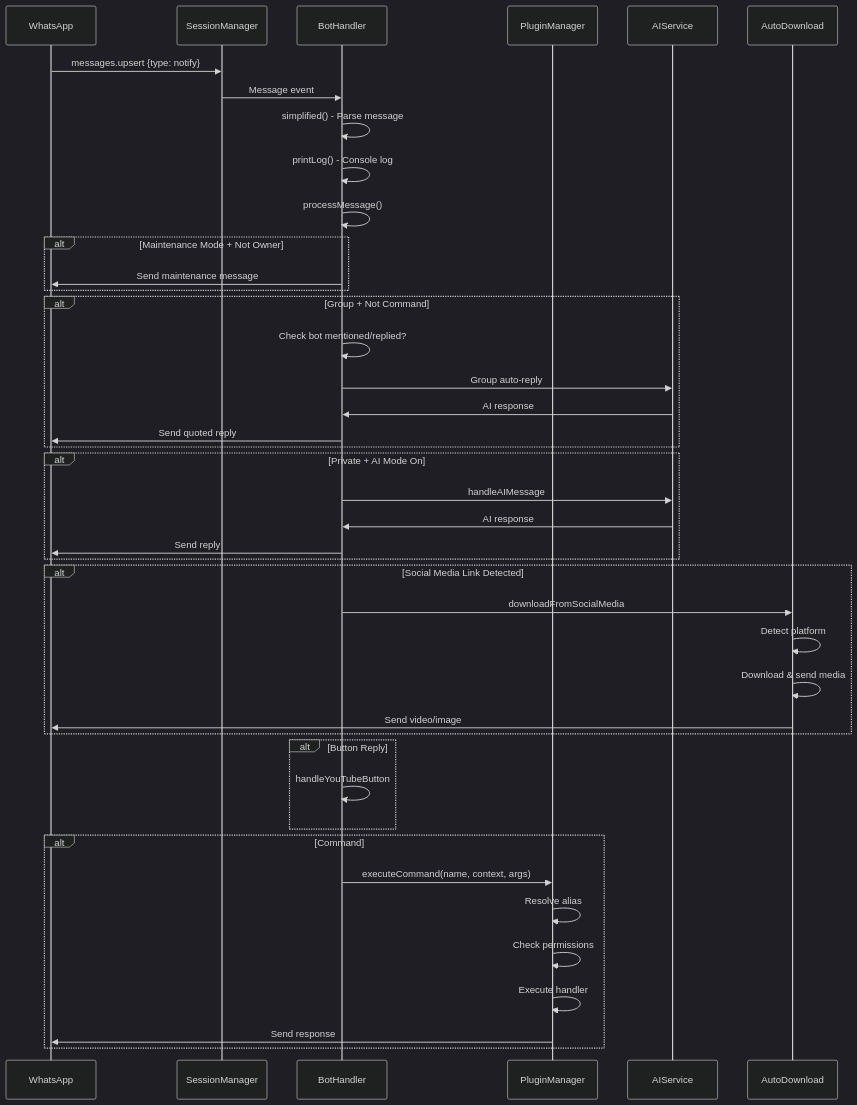
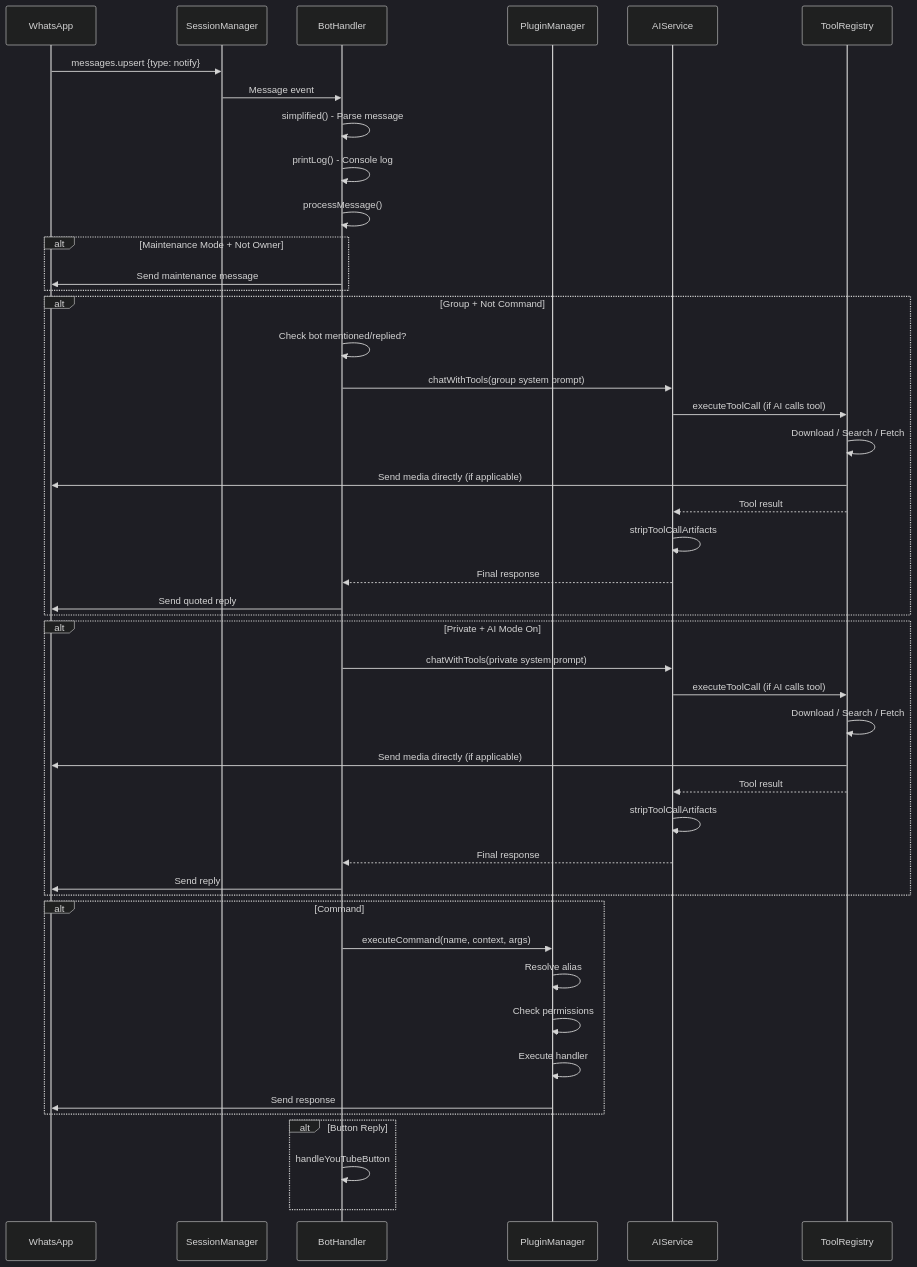
Before and after one commit to Maxorleans55/multi-bot: the eighth of 11 diagrams in plans/architecture-documentation.md, drawn with Mermaid (dark theme). The commit also changed other lines of this file and 14 other files, not shown here.

````diff
--- a/plans/architecture-documentation.md
+++ b/plans/architecture-documentation.md
@@ -576,53 +661,56 @@
 ```mermaid
 sequenceDiagram
     participant WA as WhatsApp
     participant SM as SessionManager
     participant BH as BotHandler
     participant PM as PluginManager
     participant AI as AIService
-    participant AD as AutoDownload
+    participant TR as ToolRegistry
     
     WA->>SM: messages.upsert {type: notify}
     SM->>BH: Message event
     
     BH->>BH: simplified() - Parse message
     BH->>BH: printLog() - Console log
     
     BH->>BH: processMessage()
     
     alt Maintenance Mode + Not Owner
         BH->>WA: Send maintenance message
     end
     
     alt Group + Not Command
         BH->>BH: Check bot mentioned/replied?
-        BH->>AI: Group auto-reply
-        AI->>BH: AI response
+        BH->>AI: chatWithTools(group system prompt)
+        AI->>TR: executeToolCall (if AI calls tool)
+        TR->>TR: Download / Search / Fetch
+        TR->>WA: Send media directly (if applicable)
+        TR-->>AI: Tool result
+        AI->>AI: stripToolCallArtifacts
+        AI-->>BH: Final response
         BH->>WA: Send quoted reply
     end
     
     alt Private + AI Mode On
-        BH->>AI: handleAIMessage
-        AI->>BH: AI response
+        BH->>AI: chatWithTools(private system prompt)
+        AI->>TR: executeToolCall (if AI calls tool)
+        TR->>TR: Download / Search / Fetch
+        TR->>WA: Send media directly (if applicable)
+        TR-->>AI: Tool result
+        AI->>AI: stripToolCallArtifacts
+        AI-->>BH: Final response
         BH->>WA: Send reply
-    end
-    
-    alt Social Media Link Detected
-        BH->>AD: downloadFromSocialMedia
-        AD->>AD: Detect platform
-        AD->>AD: Download & send media
-        AD->>WA: Send video/image
-    end
-    
-    alt Button Reply
-        BH->>BH: handleYouTubeButton
     end
     
     alt Command
         BH->>PM: executeCommand(name, context, args)
         PM->>PM: Resolve alias
         PM->>PM: Check permissions
         PM->>PM: Execute handler
         PM->>WA: Send response
     end
+    
+    alt Button Reply
+        BH->>BH: handleYouTubeButton
+    end
 ```
````
